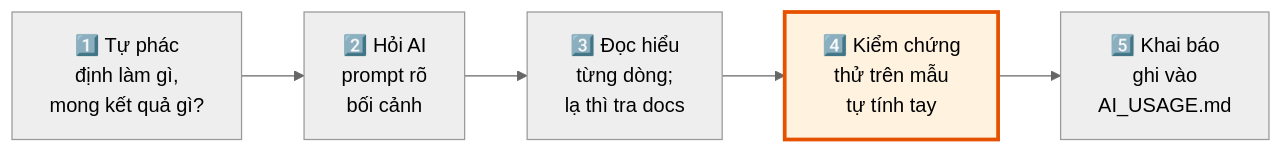
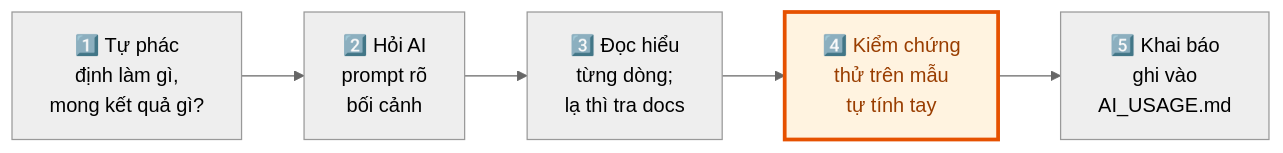
One commit to quancn12/Study_UET changed the second of 2 diagrams in docs/xu-ly-du-lieu/bai-01-tong-quan-cong-cu-chinh-sach-ai.md. Above: the diagram before and after it, drawn with Mermaid (neutral theme). The commit also changed 5 other files, not shown here.

Commit message:
Fix mermaid text clipping bug and optimize node label contrast across all docs

````diff
--- a/docs/xu-ly-du-lieu/bai-01-tong-quan-cong-cu-chinh-sach-ai.md
+++ b/docs/xu-ly-du-lieu/bai-01-tong-quan-cong-cu-chinh-sach-ai.md
@@ -184,9 +184,9 @@
 ```mermaid
 flowchart LR
     S1["1️⃣ Tự phác<br/>định làm gì,<br/>mong kết quả gì?"] --> S2["2️⃣ Hỏi AI<br/>prompt rõ<br/>bối cảnh"]
     S2 --> S3["3️⃣ Đọc hiểu<br/>từng dòng;<br/>lạ thì tra docs"]
     S3 --> S4["4️⃣ Kiểm chứng<br/>thử trên mẫu<br/>tự tính tay"]
     S4 --> S5["5️⃣ Khai báo<br/>ghi vào<br/>AI_USAGE.md"]
 
-    style S4 fill:#fff3e0,stroke:#e65100,stroke-width:3px
+    style S4 fill:#fff3e0,stroke:#e65100,stroke-width:3px,color:#993d00
 ```
````
